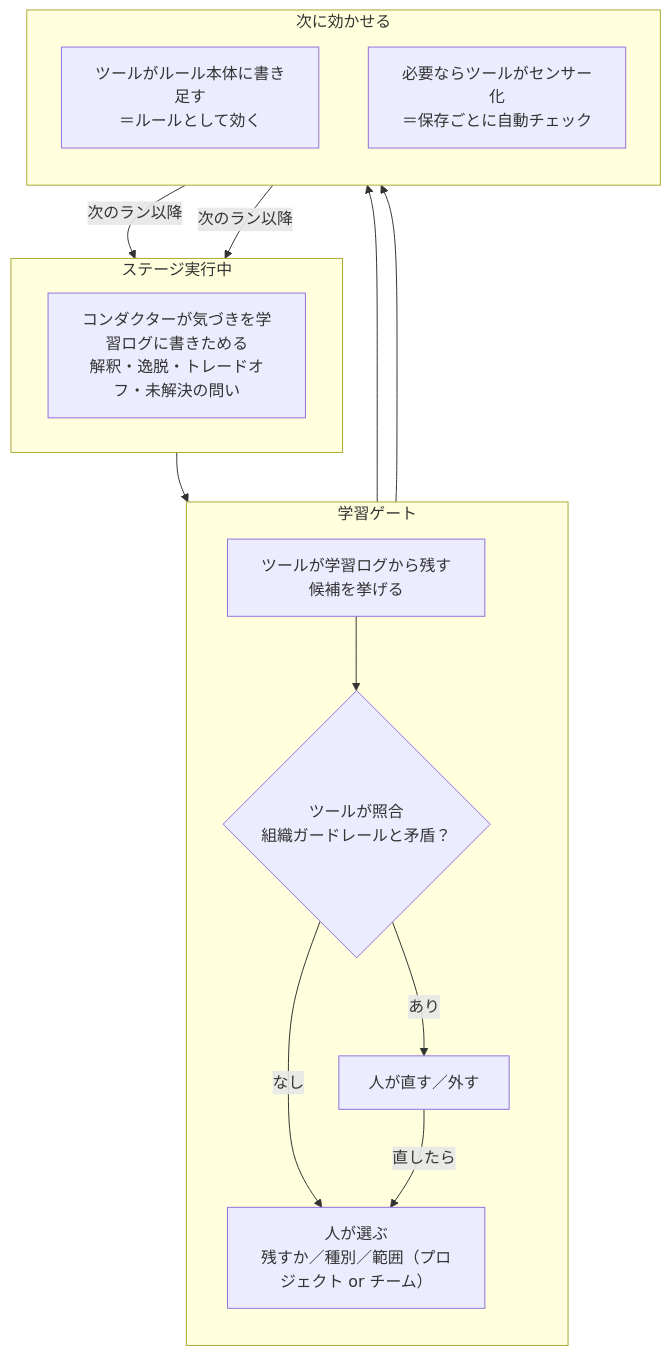
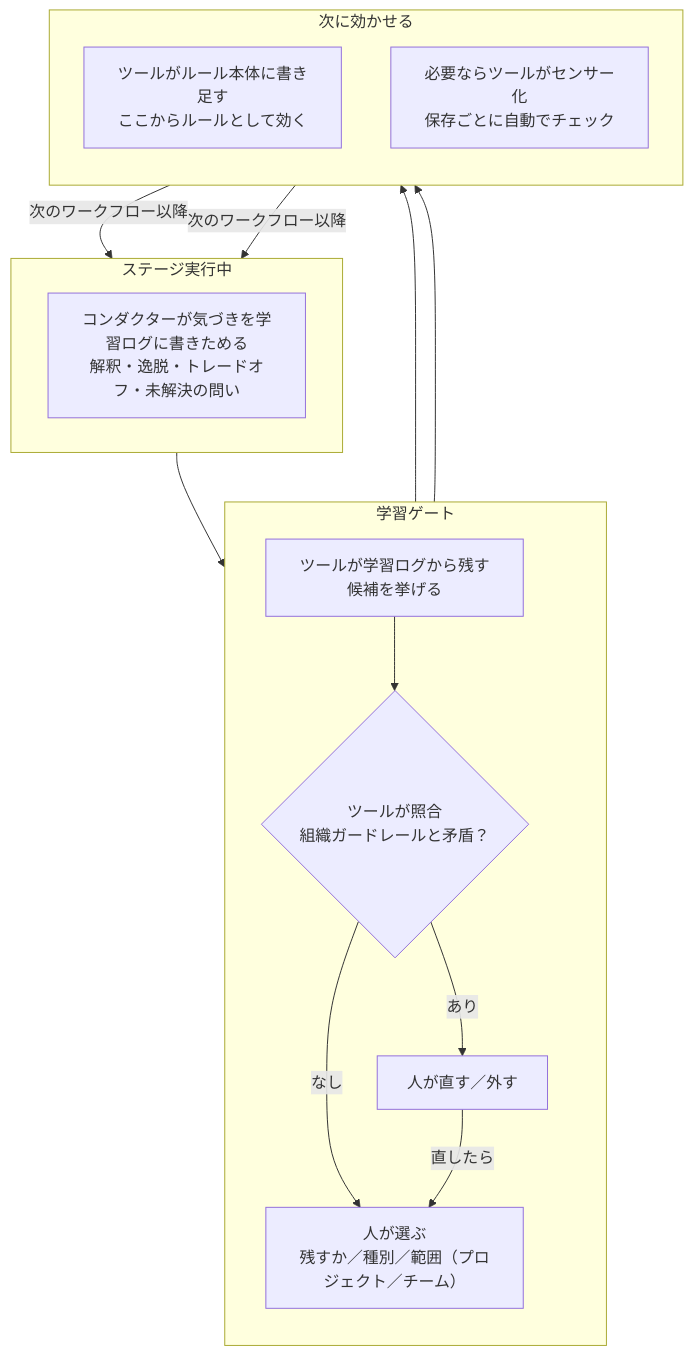
One commit to takeshishimada/qiita-docs changed the third of 3 diagrams in public/aidlc-v2-02-concept-map.md. Above: the diagram before and after it, drawn with Mermaid. The commit also changed other lines of this file and 23 other files, not shown here.

````diff
--- a/public/aidlc-v2-02-concept-map.md
+++ b/public/aidlc-v2-02-concept-map.md
@@ -148,23 +148,23 @@
 ```mermaid
 flowchart TB
   subgraph RUN["ステージ実行中"]
     a1["コンダクターが気づきを学習ログに書きためる<br/>解釈・逸脱・トレードオフ・未解決の問い"]
   end
   subgraph GATE["学習ゲート"]
     direction TB
     b1["ツールが学習ログから残す候補を挙げる"] --> b2{"ツールが照合<br/>組織ガードレールと矛盾？"}
     b2 -->|"あり"| b3["人が直す／外す"]
-    b2 -->|"なし"| b4["人が選ぶ<br/>残すか／種別／範囲（プロジェクト or チーム）"]
+    b2 -->|"なし"| b4["人が選ぶ<br/>残すか／種別／範囲（プロジェクト／チーム）"]
     b3 -->|"直したら"| b4
   end
   subgraph KEEP["次に効かせる"]
     direction TB
-    c1["ツールがルール本体に書き足す<br/>＝ルールとして効く"]
-    c2["必要ならツールがセンサー化<br/>＝保存ごとに自動チェック"]
+    c1["ツールがルール本体に書き足す<br/>ここからルールとして効く"]
+    c2["必要ならツールがセンサー化<br/>保存ごとに自動でチェック"]
   end
   RUN --> GATE
   b4 --> c1
   b4 --> c2
-  c1 -->|"次のラン以降"| RUN
-  c2 -->|"次のラン以降"| RUN
+  c1 -->|"次のワークフロー以降"| RUN
+  c2 -->|"次のワークフロー以降"| RUN
 ```
````
